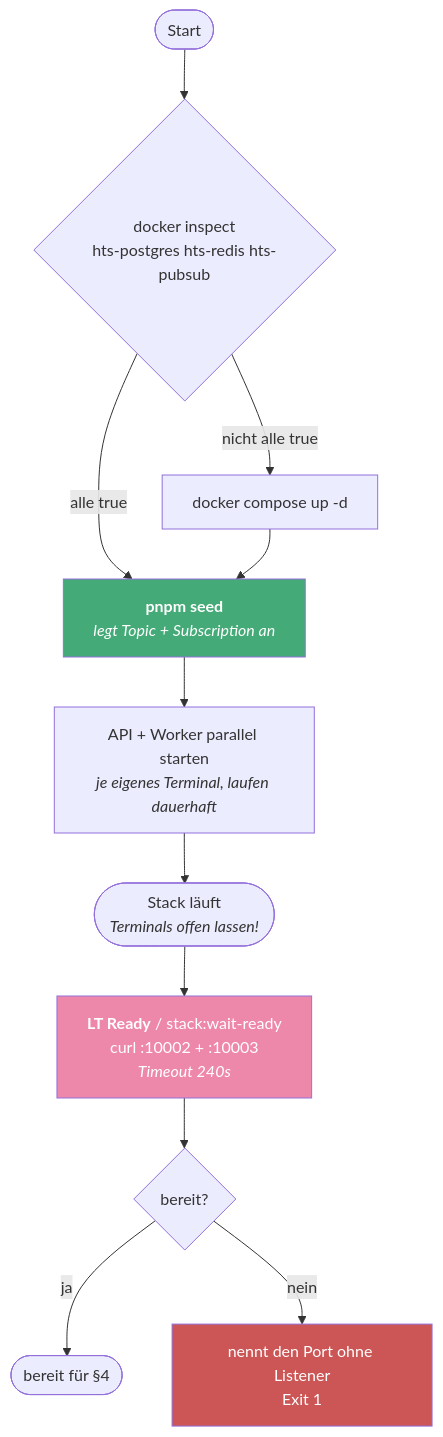
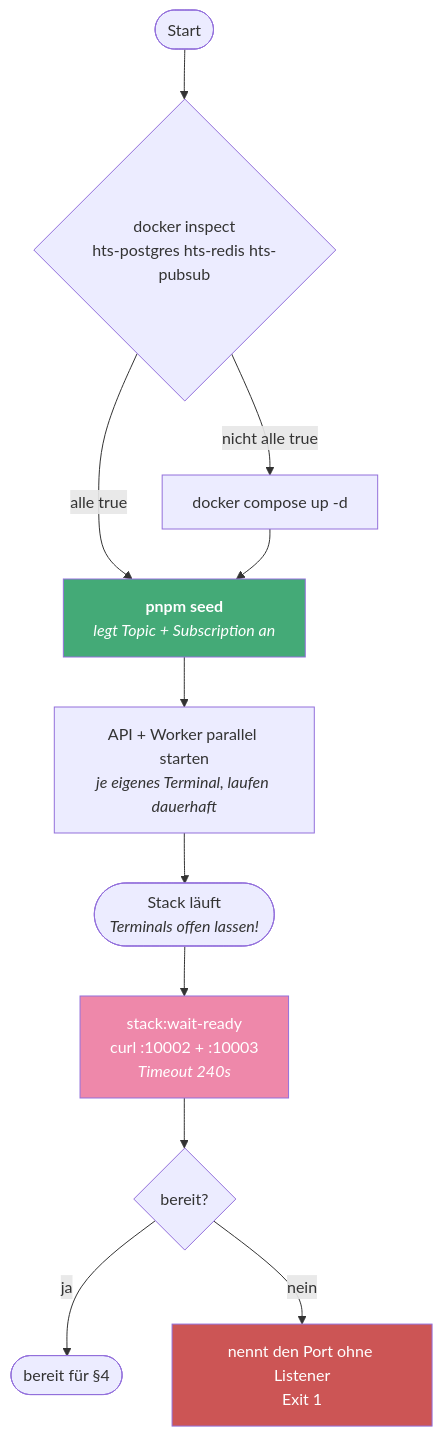
Before and after one commit to schuler-ph/high-frequency-ticket-system: the third of 10 diagrams in RUNBOOK.md, drawn with Mermaid. The commit also changed other lines of this file and 2 other files, not shown here.

````diff
--- a/RUNBOOK.md
+++ b/RUNBOOK.md
@@ -73,18 +73,18 @@
 ```mermaid
 flowchart TD
     A([Start]) --> B{"docker inspect<br/>hts-postgres hts-redis hts-pubsub"}
     B -->|nicht alle true| C["docker compose up -d"]
     B -->|alle true| D
     C --> D["<b>pnpm seed</b><br/><i>legt Topic + Subscription an</i>"]
     D --> E["API + Worker parallel starten<br/><i>je eigenes Terminal, laufen dauerhaft</i>"]
     E --> F(["Stack läuft<br/><i>Terminals offen lassen!</i>"])
 
-    F --> G["<b>LT Ready</b> / stack:wait-ready<br/>curl :10002 + :10003<br/><i>Timeout 240s</i>"]
+    F --> G["stack:wait-ready<br/>curl :10002 + :10003<br/><i>Timeout 240s</i>"]
     G --> H{bereit?}
     H -->|ja| I(["bereit für §4"])
     H -->|nein| J["nennt den Port ohne Listener<br/>Exit 1"]
 
     style D fill:#4a7,color:#fff
     style G fill:#e8a,color:#fff
     style J fill:#c55,color:#fff
 ```
````
